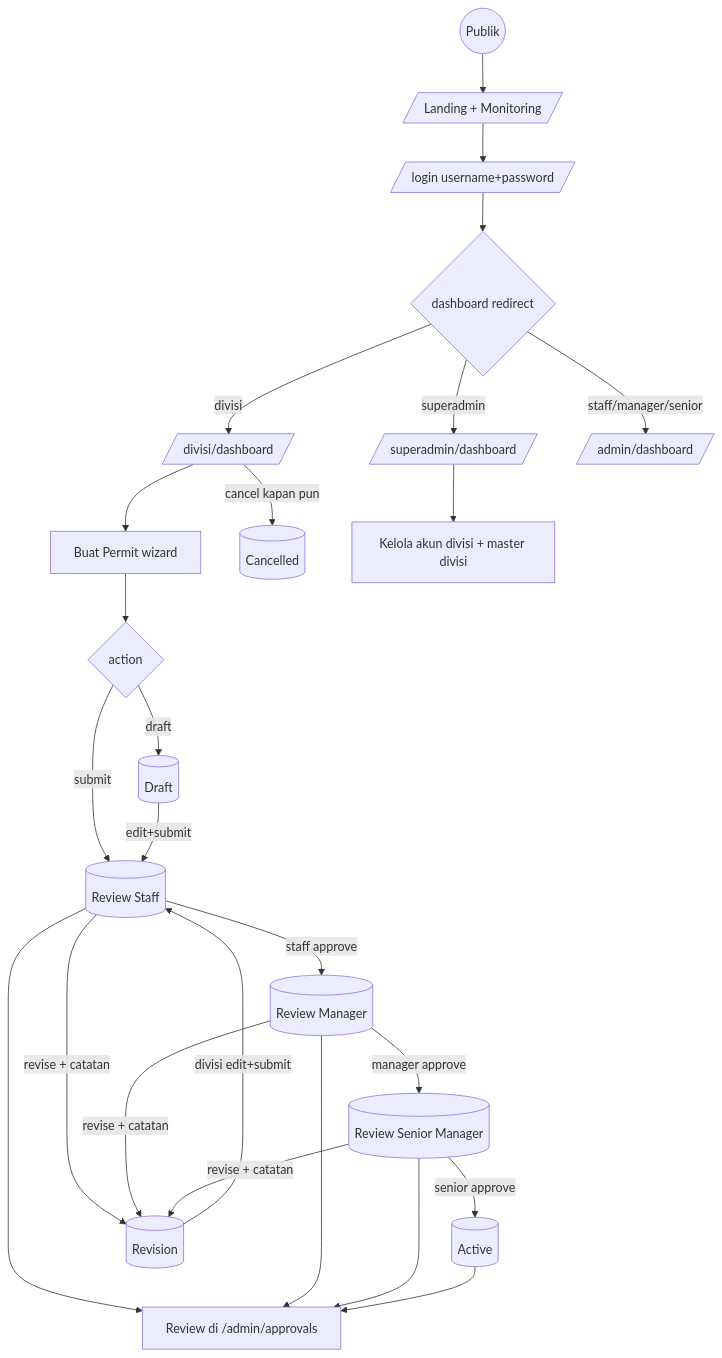
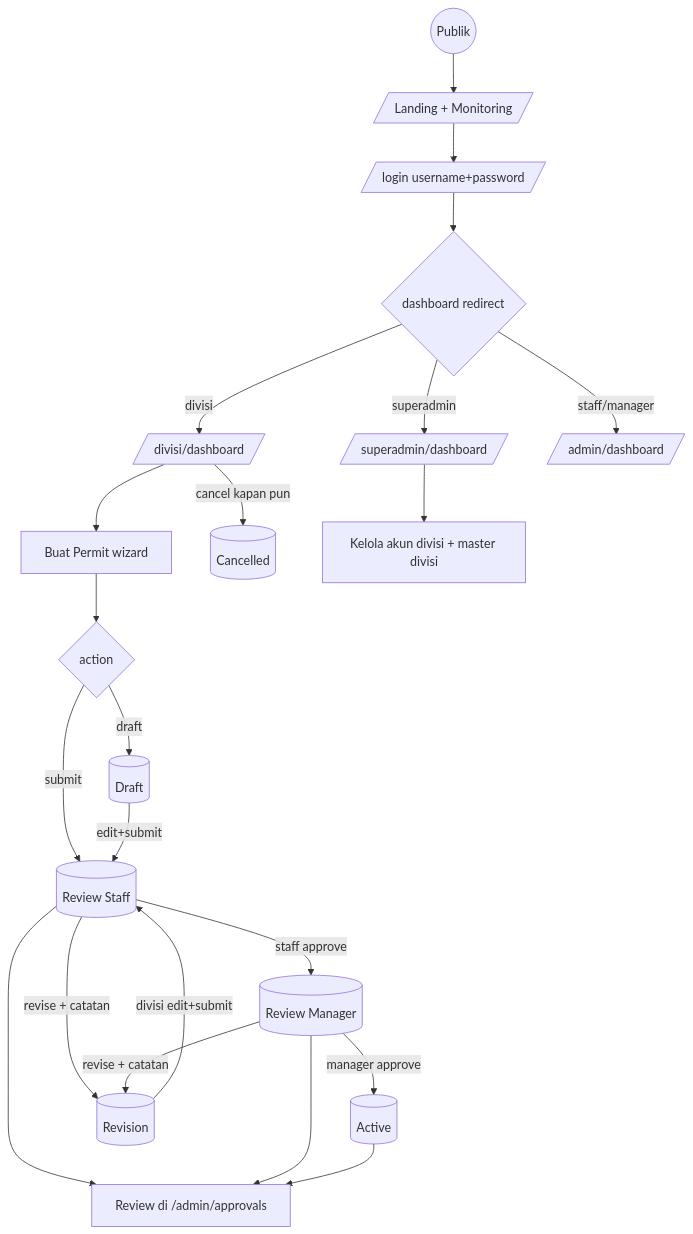
Before and after one commit to dimss19/permit: the diagram in presentasi-sistem-permit.md, drawn with Mermaid. The commit also changed other lines of this file and 1 other file, not shown here.

Commit message:
docs: update flow diagrams and role descriptions to remove senior-manager

````diff
--- a/presentasi-sistem-permit.md
+++ b/presentasi-sistem-permit.md
@@ -260,21 +259,20 @@
 ```mermaid
 flowchart TD
   PUBLIK((Publik)) --> LANDING[/ Landing + Monitoring /]
   LANDING --> LOGIN[/login username+password/]
   LOGIN --> DASH{dashboard redirect}
   DASH -->|superadmin| SA[/superadmin/dashboard/]
   DASH -->|divisi| DIV[/divisi/dashboard/]
-  DASH -->|staff/manager/senior| ADM[/admin/dashboard/]
+  DASH -->|staff/manager| ADM[/admin/dashboard/]
   DIV --> BUAT[Buat Permit wizard] --> PILIH{action}
   PILIH -->|draft| DRAFT[(Draft)]
   PILIH -->|submit| RS[(Review Staff)]
   DRAFT -->|edit+submit| RS
   RS -->|staff approve| RM[(Review Manager)]
-  RM -->|manager approve| RSM[(Review Senior Manager)]
-  RSM -->|senior approve| ACT[(Active)]
-  RS & RM & RSM -->|revise + catatan| REV[(Revision)]
+  RM -->|manager approve| ACT[(Active)]
+  RS & RM -->|revise + catatan| REV[(Revision)]
   REV -->|divisi edit+submit| RS
   DIV -->|cancel kapan pun| CAN[(Cancelled)]
-  RS & RM & RSM & ACT --> ADM_REV[Review di /admin/approvals]
+  RS & RM & ACT --> ADM_REV[Review di /admin/approvals]
   SA --> KELOLA[Kelola akun divisi + master divisi]
 ```
````
